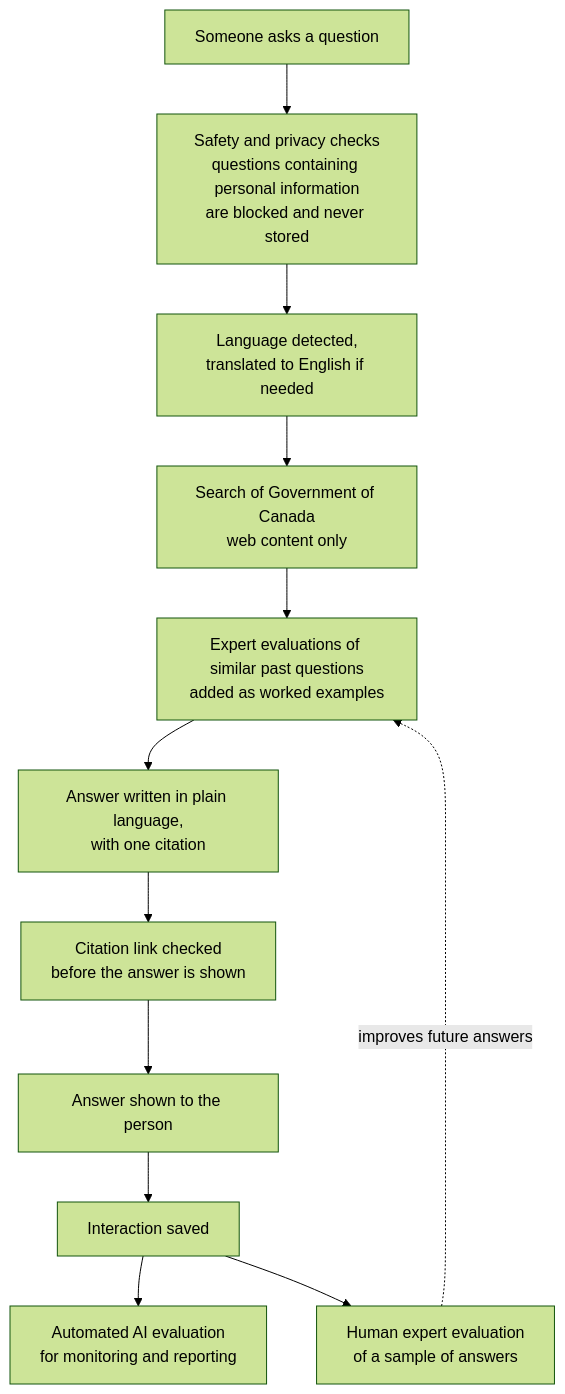
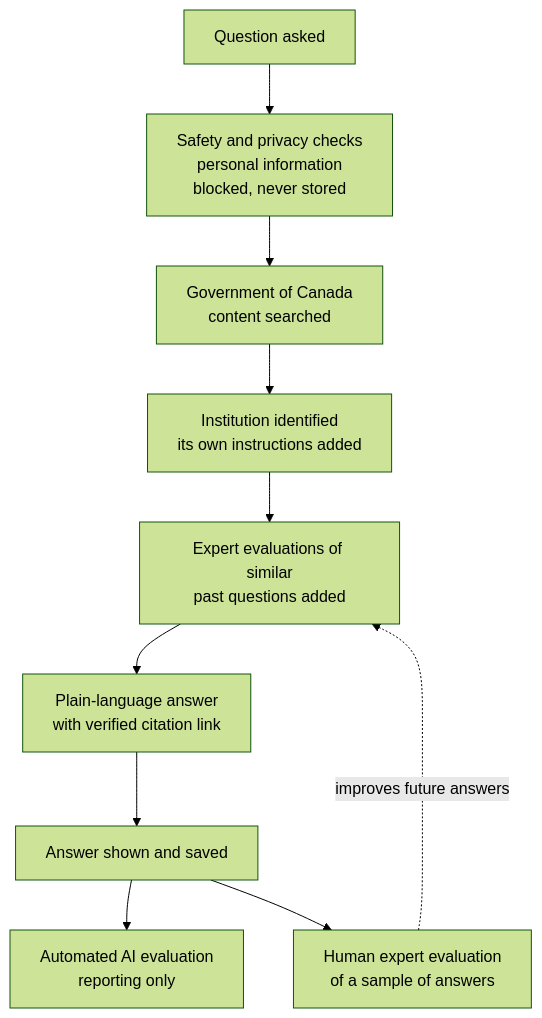
Before and after one commit to cds-snc/ai-answers: the diagram in SYSTEM_CARD.md, drawn with Mermaid (forest theme). The commit also changed other lines of this file and 3 other files, not shown here.

First line of the commit message:
fix: tighten diagrams

````diff
--- a/SYSTEM_CARD.md
+++ b/SYSTEM_CARD.md
@@ -103,14 +103,12 @@
 ```mermaid
 flowchart TD
-    Q["Someone asks a question"] --> G["Safety and privacy checks<br/>questions containing personal information<br/>are blocked and never stored"]
-    G --> T["Language detected,<br/>translated to English if needed"]
-    T --> S["Search of Government of Canada<br/>web content only"]
-    S --> E["Expert evaluations of similar past questions<br/>added as worked examples"]
-    E --> A["Answer written in plain language,<br/>with one citation"]
-    A --> V["Citation link checked<br/>before the answer is shown"]
-    V --> ANS["Answer shown to the person"]
-    ANS --> SAVE["Interaction saved"]
-    SAVE --> AI["Automated AI evaluation<br/>for monitoring and reporting"]
+    Q["Question asked"] --> G["Safety and privacy checks<br/>personal information<br/>blocked, never stored"]
+    G --> S["Government of Canada<br/>content searched"]
+    S --> D["Institution identified<br/>its own instructions added"]
+    D --> E["Expert evaluations of similar<br/>past questions added"]
+    E --> A["Plain-language answer<br/>with verified citation link"]
+    A --> SAVE["Answer shown and saved"]
+    SAVE --> AI["Automated AI evaluation<br/>reporting only"]
     SAVE --> HUM["Human expert evaluation<br/>of a sample of answers"]
     HUM -. "improves future answers" .-> E
 ```
````
